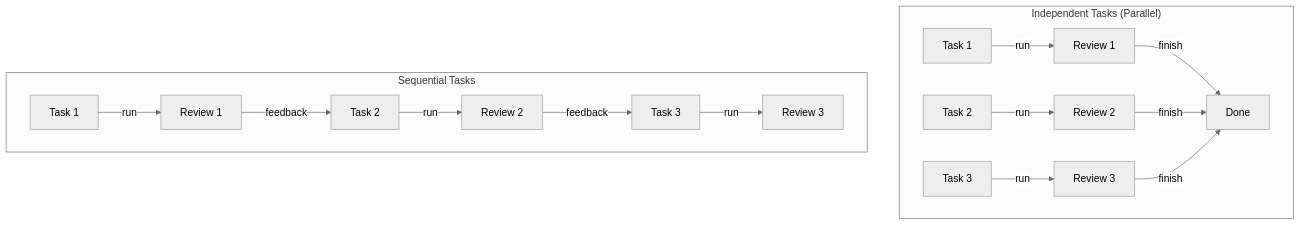
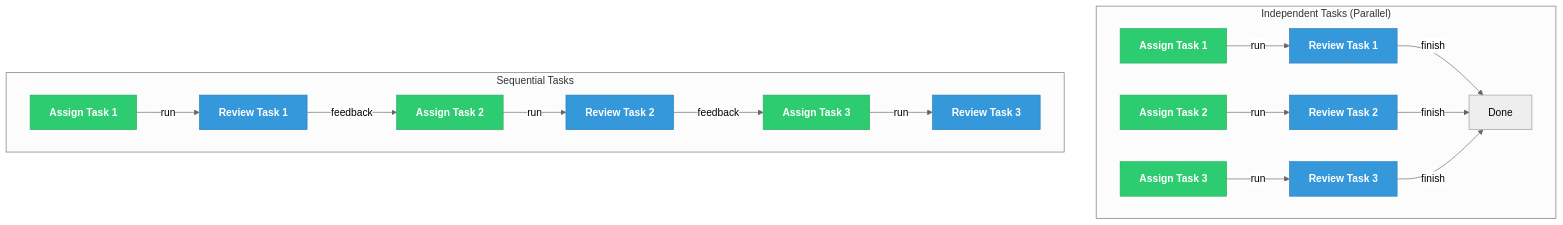
Before and after one commit to gpsaggese/gpsaggese.github.io: the first of 3 diagrams in website/docs/blog/posts/draft.how_to.Stacked_PRs_for_agentic_developent.md, drawn with Mermaid (neutral theme). The commit also changed other lines of this file and 24 other files, not shown here.

````diff
--- a/website/docs/blog/posts/draft.how_to.Stacked_PRs_for_agentic_developent.md
+++ b/website/docs/blog/posts/draft.how_to.Stacked_PRs_for_agentic_developent.md
@@ -45,19 +43,22 @@
 ```mermaid
 graph TB
+  classDef execute fill:#2ecc71,stroke:#27ae60,color:#fff,font-weight:bold
+  classDef review fill:#3498db,stroke:#2980b9,color:#fff,font-weight:bold
+  
   subgraph independent["Independent Tasks (Parallel)"]
-    A1["Task 1"] -->|run| A1r["Review 1"]
-    A2["Task 2"] -->|run| A2r["Review 2"]
-    A3["Task 3"] -->|run| A3r["Review 3"]
+    A1["Assign Task 1"]:::execute -->|run| A1r["Review Task 1"]:::review
+    A2["Assign Task 2"]:::execute -->|run| A2r["Review Task 2"]:::review
+    A3["Assign Task 3"]:::execute -->|run| A3r["Review Task 3"]:::review
     A1r -->|finish| end1["Done"]
     A2r -->|finish| end1
     A3r -->|finish| end1
   end
 
   subgraph sequential["Sequential Tasks"]
-    B1["Task 1"] -->|run| B1r["Review 1"]
-    B1r -->|feedback| B2["Task 2"]
-    B2 -->|run| B2r["Review 2"]
-    B2r -->|feedback| B3["Task 3"]
-    B3 -->|run| B3r["Review 3"]
+    B1["Assign Task 1"]:::execute -->|run| B1r["Review Task 1"]:::review
+    B1r -->|feedback| B2["Assign Task 2"]:::execute
+    B2 -->|run| B2r["Review Task 2"]:::review
+    B2r -->|feedback| B3["Assign Task 3"]:::execute
+    B3 -->|run| B3r["Review Task 3"]:::review
   end
 ```
````
